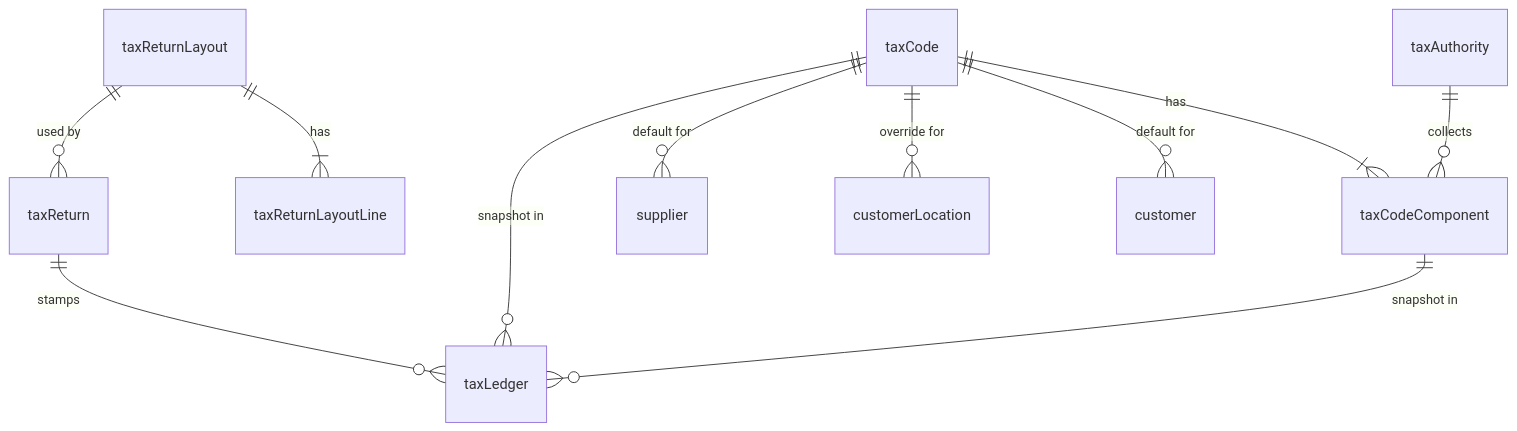
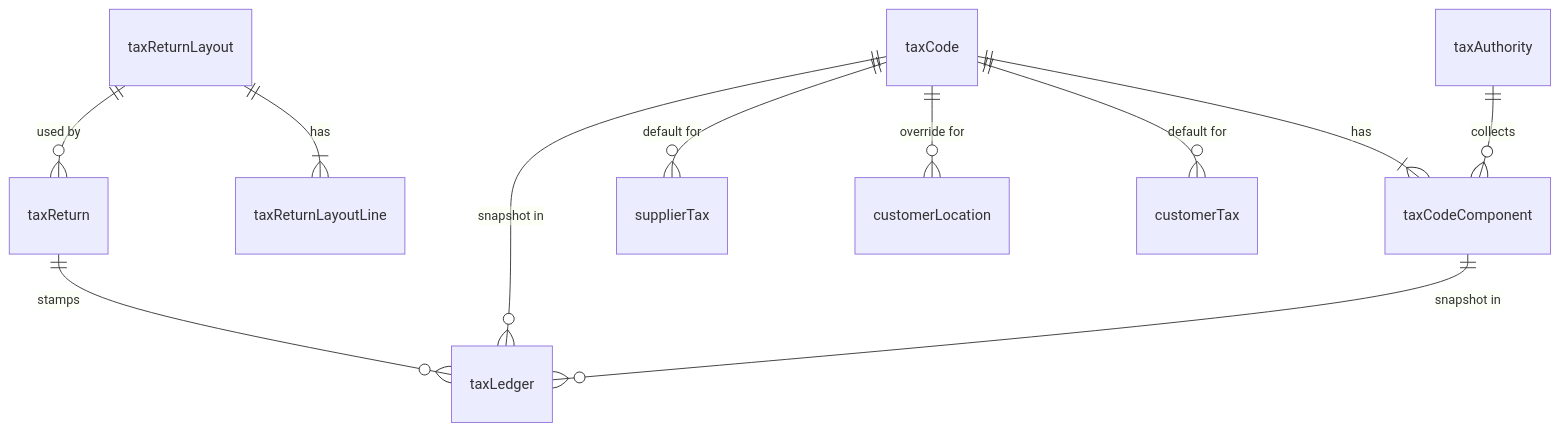
One commit to crbnos/carbon changed the second of 2 diagrams in .ai/specs/2026-10-16-multi-jurisdiction-tax.md. Above: the diagram before and after it, drawn with Mermaid. The commit also changed other lines of this file and 1 other file, not shown here.

First line of the commit message:
docs(tax): add the Phase 1 implementation plan and planning corrections

````diff
--- a/.ai/specs/2026-10-16-multi-jurisdiction-tax.md
+++ b/.ai/specs/2026-10-16-multi-jurisdiction-tax.md
@@ -280,13 +280,13 @@
 ```mermaid
 erDiagram
     taxAuthority ||--o{ taxCodeComponent : "collects"
     taxCode ||--|{ taxCodeComponent : "has"
-    taxCode ||--o{ customer : "default for"
+    taxCode ||--o{ customerTax : "default for"
     taxCode ||--o{ customerLocation : "override for"
-    taxCode ||--o{ supplier : "default for"
+    taxCode ||--o{ supplierTax : "default for"
     taxCode ||--o{ taxLedger : "snapshot in"
     taxCodeComponent ||--o{ taxLedger : "snapshot in"
     taxReturn ||--o{ taxLedger : "stamps"
     taxReturnLayout ||--|{ taxReturnLayoutLine : "has"
     taxReturnLayout ||--o{ taxReturn : "used by"
 ```
````
